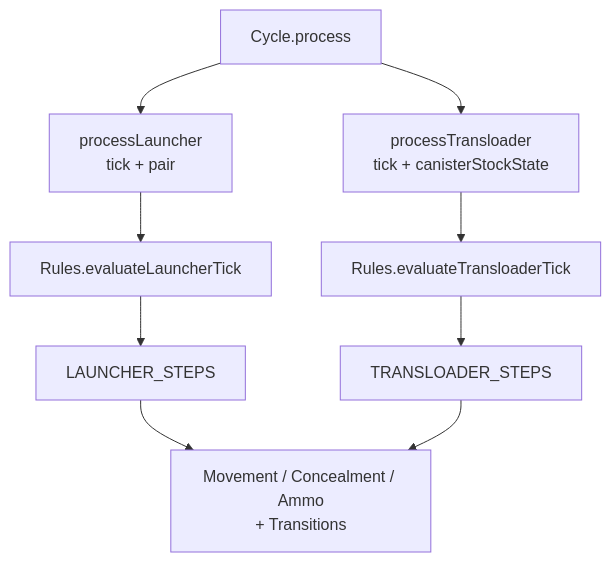
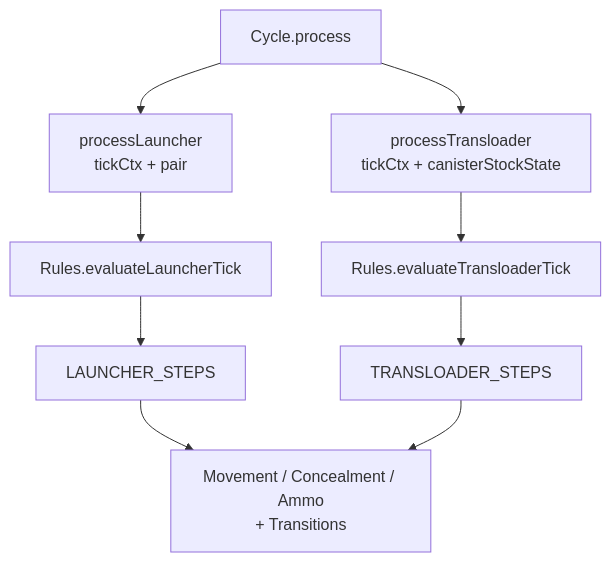
Before and after one commit to pullupjumper/formosa-in-flames: the diagram in docs/missileSystem/cycle.md, drawn with Mermaid. The commit also changed other lines of this file and 41 other files, not shown here.

````diff
--- a/docs/missileSystem/cycle.md
+++ b/docs/missileSystem/cycle.md
@@ -32,11 +32,11 @@
 ```mermaid
 flowchart TD
-    A[Cycle.process] --> B1[processLauncher<br/>tick + pair]
-    A --> C1[processTransloader<br/>tick + canisterStockState]
+    A[Cycle.process] --> B1[processLauncher<br/>tickCtx + pair]
+    A --> C1[processTransloader<br/>tickCtx + canisterStockState]
     B1 --> R1[Rules.evaluateLauncherTick]
     C1 --> R2[Rules.evaluateTransloaderTick]
     R1 --> S1[LAUNCHER_STEPS]
     R2 --> S2[TRANSLOADER_STEPS]
     S1 --> X[Movement / Concealment / Ammo<br/>+ Transitions]
     S2 --> X
 ```
````
